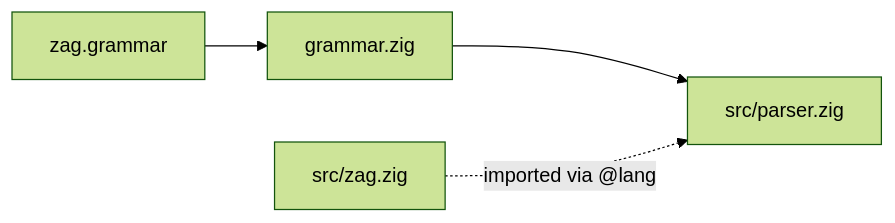
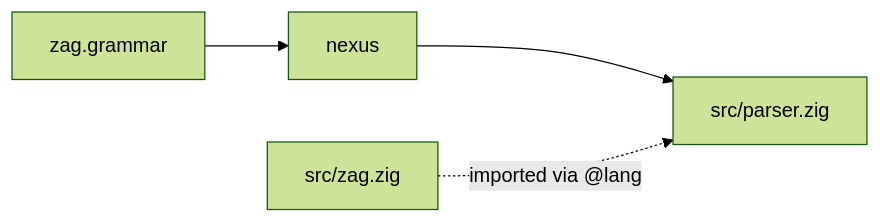
The second of 2 diagrams in docs/architecture.md (shreeve/zag), drawn with Mermaid (forest theme) before and after one commit. The commit also changed other lines of this file and 7 other files, not shown here.

First line of the commit message:
Switch to Nexus for parser generation, remove grammar.zig

````diff
--- a/docs/architecture.md
+++ b/docs/architecture.md
@@ -43,6 +43,6 @@
 ```mermaid
 flowchart LR
-  grammar["zag.grammar"] --> engine["grammar.zig"]
+  grammar["zag.grammar"] --> engine["nexus"]
   engine --> parser["src/parser.zig"]
   lang["src/zag.zig"] -.->|"imported via @lang"| parser
 ```
````
